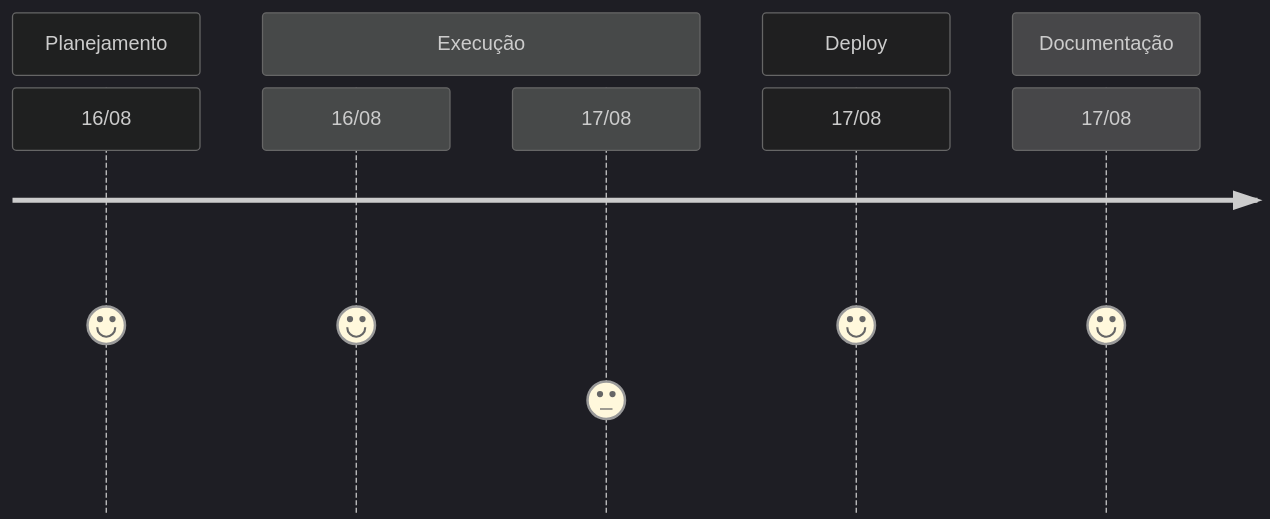
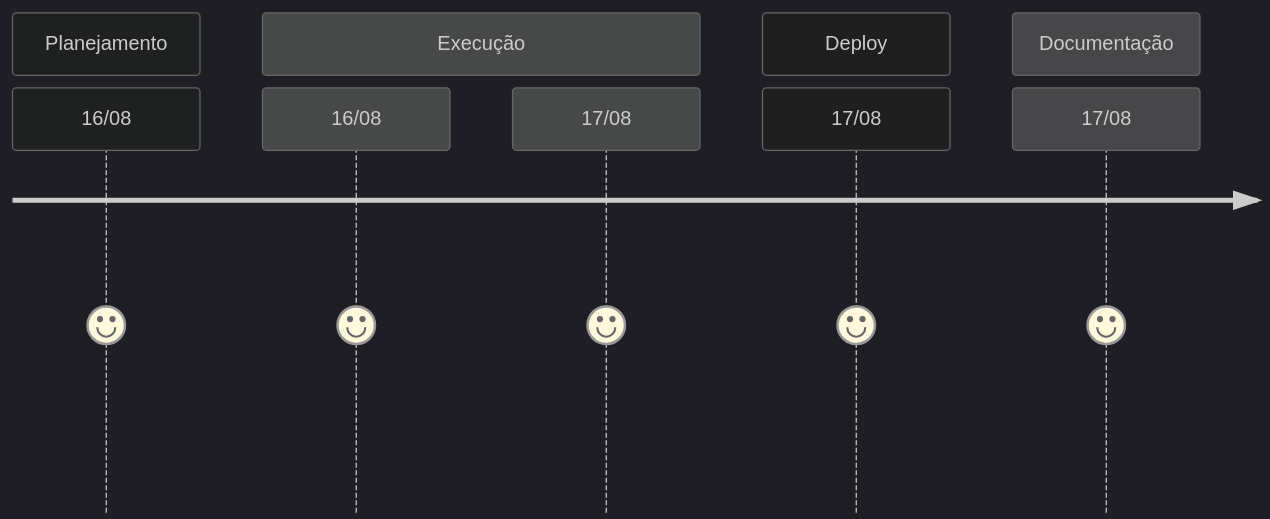
Before and after one commit to Ftarganski/medical-office: the second of 2 diagrams in README.md, drawn with Mermaid. The commit also changed other lines of this file, not shown here.

````diff
--- a/README.md
+++ b/README.md
@@ -58,13 +58,13 @@
 ```mermaid
 %%{init: { 'theme': 'dark' } }%%
 journey
     section Planejamento
       16/08: 5
     section Execução
       16/08: 5
-      17/08: 3
+      17/08: 5
     section Deploy
       17/08: 5
     section Documentação
       17/08: 5
 ```
````
